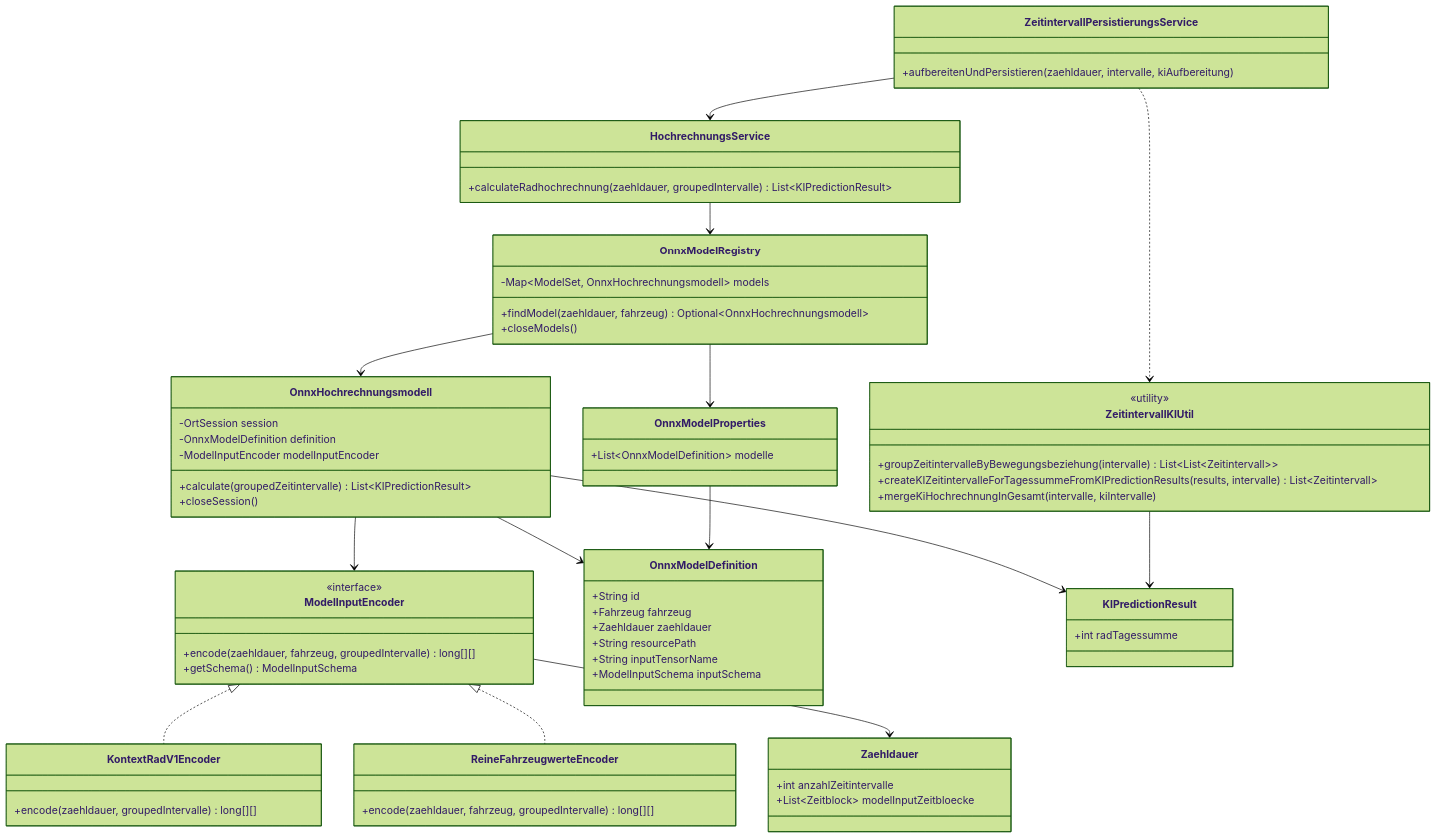
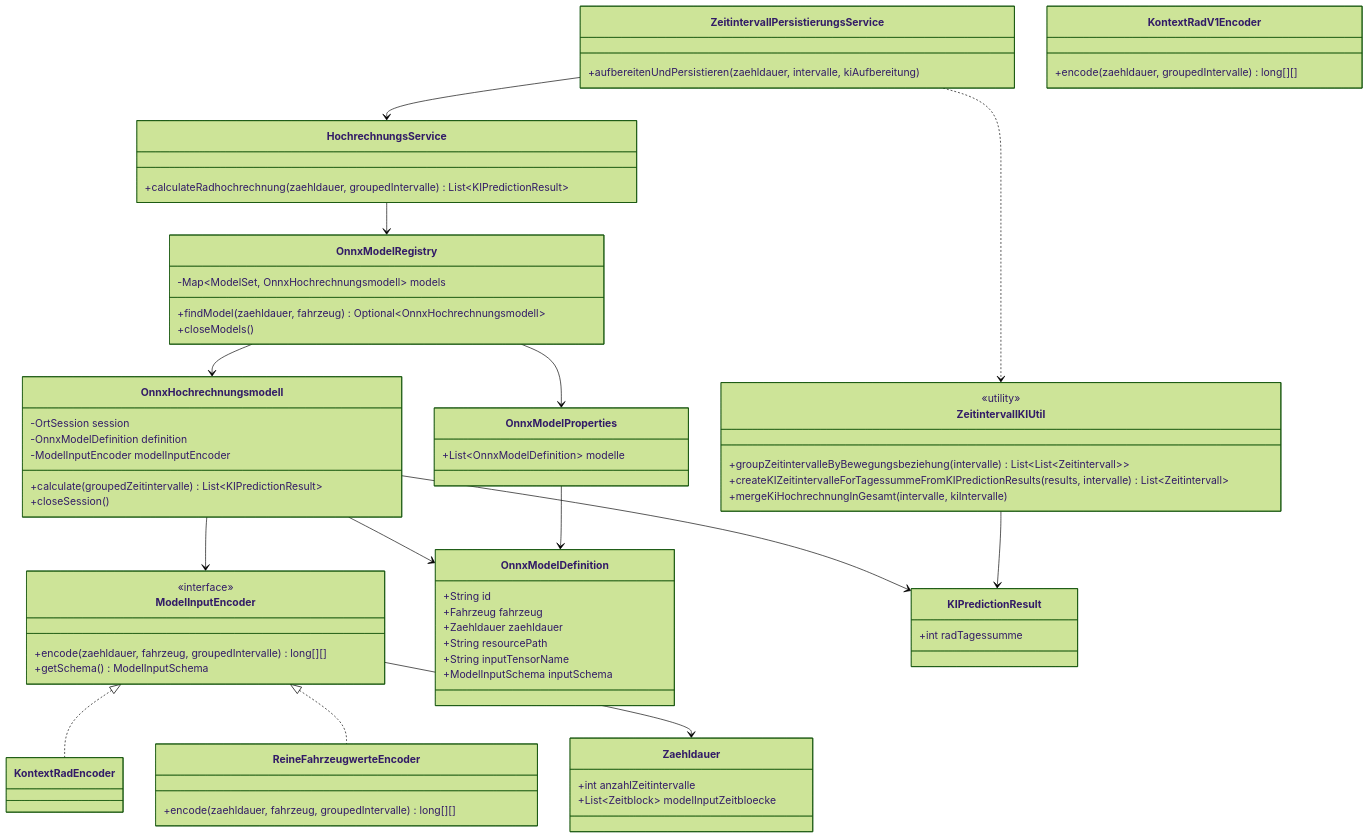
One commit to it-at-m/dave-backend changed the diagram in docs/plan-ki-rad-hochrechnung-13h-16h.md. Above: the diagram before and after it, drawn with Mermaid (forest theme). The commit also changed other lines of this file and 17 other files, not shown here.

Commit message:
refactor encoder/model names + tests

````diff
--- a/docs/plan-ki-rad-hochrechnung-13h-16h.md
+++ b/docs/plan-ki-rad-hochrechnung-13h-16h.md
@@ -41,81 +41,81 @@
 ```mermaid
 classDiagram
     class ZeitintervallPersistierungsService {
         +aufbereitenUndPersistieren(zaehldauer, intervalle, kiAufbereitung)
     }
 
     class HochrechnungsService {
         +calculateRadhochrechnung(zaehldauer, groupedIntervalle) List~KIPredictionResult~
     }
 
     class OnnxModelRegistry {
         -Map~ModelSet, OnnxHochrechnungsmodell~ models
         +findModel(zaehldauer, fahrzeug) Optional~OnnxHochrechnungsmodell~
         +closeModels()
     }
 
     class OnnxHochrechnungsmodell {
         -OrtSession session
         -OnnxModelDefinition definition
         -ModelInputEncoder modelInputEncoder
         +calculate(groupedZeitintervalle) List~KIPredictionResult~
         +closeSession()
     }
 
     class ModelInputEncoder {
         <<interface>>
         +encode(zaehldauer, fahrzeug, groupedIntervalle) long[][]
         +getSchema() ModelInputSchema
     }
 
     class KontextRadV1Encoder {
         +encode(zaehldauer, groupedIntervalle) long[][]
     }
 
     class ReineFahrzeugwerteEncoder {
         +encode(zaehldauer, fahrzeug, groupedIntervalle) long[][]
     }
 
     class OnnxModelDefinition {
         +String id
         +Fahrzeug fahrzeug
         +Zaehldauer zaehldauer
         +String resourcePath
         +String inputTensorName
         +ModelInputSchema inputSchema
     }
 
     class OnnxModelProperties {
         +List~OnnxModelDefinition~ modelle
     }
 
     class Zaehldauer {
         +int anzahlZeitintervalle
         +List~Zeitblock~ modelInputZeitbloecke
     }
 
     class KIPredictionResult {
         +int radTagessumme
     }
 
     class ZeitintervallKIUtil {
         <<utility>>
         +groupZeitintervalleByBewegungsbeziehung(intervalle) List~List~Zeitintervall~~
         +createKIZeitintervalleForTagessummeFromKIPredictionResults(results, intervalle) List~Zeitintervall~
         +mergeKiHochrechnungInGesamt(intervalle, kiIntervalle)
     }
 
     ZeitintervallPersistierungsService --> HochrechnungsService
     ZeitintervallPersistierungsService ..> ZeitintervallKIUtil
     HochrechnungsService --> OnnxModelRegistry
     OnnxModelRegistry --> OnnxHochrechnungsmodell
     OnnxModelRegistry --> OnnxModelProperties
     OnnxHochrechnungsmodell --> OnnxModelDefinition
     OnnxHochrechnungsmodell --> ModelInputEncoder
-    ModelInputEncoder <|.. KontextRadV1Encoder
+    ModelInputEncoder <|.. KontextRadEncoder
     ModelInputEncoder <|.. ReineFahrzeugwerteEncoder
     OnnxModelProperties --> OnnxModelDefinition
     ModelInputEncoder --> Zaehldauer
     OnnxHochrechnungsmodell --> KIPredictionResult
     ZeitintervallKIUtil --> KIPredictionResult
 ```
````
